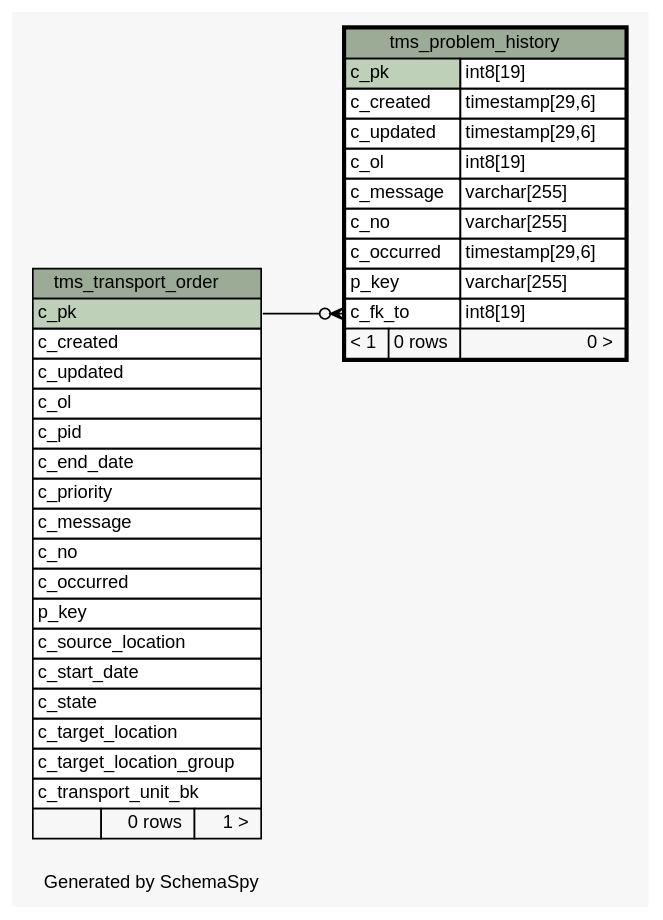
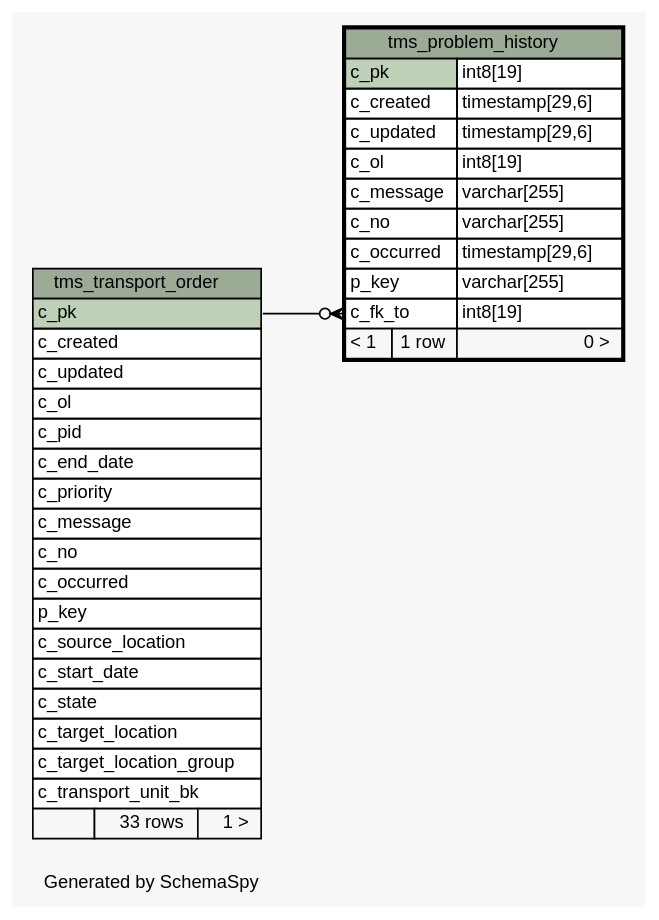
Before and after one commit to openwms/org.openwms.tms.transportation: the diagram in 1.4.0-SNAPSHOT/schemaspy/diagrams/tms_problem_history.1degree.dot, drawn with Graphviz. The commit also changed 462 other files, not shown here.

```diff
--- a/1.4.0-SNAPSHOT/schemaspy/diagrams/tms_problem_history.1degree.dot
+++ b/1.4.0-SNAPSHOT/schemaspy/diagrams/tms_problem_history.1degree.dot
@@ -1,67 +1,67 @@
 // dot 2.36.0 on Linux 4.4.0-101-generic
 // SchemaSpy rev Unknown
 digraph "oneDegreeRelationshipsDiagram" {
   graph [
     rankdir="RL"
     bgcolor="#f7f7f7"
     label="\nGenerated by SchemaSpy"
     labeljust="l"
     nodesep="0.18"
     ranksep="0.46"
     fontname="Helvetica"
     fontsize="11"
   ];
   node [
     fontname="Helvetica"
     fontsize="11"
     shape="plaintext"
   ];
   edge [
     arrowsize="0.8"
   ];
   "tms_problem_history":"c_fk_to":w -> "tms_transport_order":"c_pk":e [arrowhead=none dir=back arrowtail=crowodot];
   "tms_problem_history" [
     label=<
     <TABLE BORDER="2" CELLBORDER="1" CELLSPACING="0" BGCOLOR="#ffffff">
       <TR><TD COLSPAN="3" BGCOLOR="#9bab96" ALIGN="CENTER">tms_problem_history</TD></TR>
       <TR><TD PORT="c_pk" COLSPAN="2" BGCOLOR="#bed1b8" ALIGN="LEFT">c_pk</TD><TD PORT="c_pk.type" ALIGN="LEFT">int8[19]</TD></TR>
       <TR><TD PORT="c_created" COLSPAN="2" ALIGN="LEFT">c_created</TD><TD PORT="c_created.type" ALIGN="LEFT">timestamp[29,6]</TD></TR>
       <TR><TD PORT="c_updated" COLSPAN="2" ALIGN="LEFT">c_updated</TD><TD PORT="c_updated.type" ALIGN="LEFT">timestamp[29,6]</TD></TR>
       <TR><TD PORT="c_ol" COLSPAN="2" ALIGN="LEFT">c_ol</TD><TD PORT="c_ol.type" ALIGN="LEFT">int8[19]</TD></TR>
       <TR><TD PORT="c_message" COLSPAN="2" ALIGN="LEFT">c_message</TD><TD PORT="c_message.type" ALIGN="LEFT">varchar[255]</TD></TR>
       <TR><TD PORT="c_no" COLSPAN="2" ALIGN="LEFT">c_no</TD><TD PORT="c_no.type" ALIGN="LEFT">varchar[255]</TD></TR>
       <TR><TD PORT="c_occurred" COLSPAN="2" ALIGN="LEFT">c_occurred</TD><TD PORT="c_occurred.type" ALIGN="LEFT">timestamp[29,6]</TD></TR>
       <TR><TD PORT="p_key" COLSPAN="2" ALIGN="LEFT">p_key</TD><TD PORT="p_key.type" ALIGN="LEFT">varchar[255]</TD></TR>
       <TR><TD PORT="c_fk_to" COLSPAN="2" ALIGN="LEFT">c_fk_to</TD><TD PORT="c_fk_to.type" ALIGN="LEFT">int8[19]</TD></TR>
-      <TR><TD ALIGN="LEFT" BGCOLOR="#f7f7f7">&lt; 1</TD><TD ALIGN="RIGHT" BGCOLOR="#f7f7f7">0 rows</TD><TD ALIGN="RIGHT" BGCOLOR="#f7f7f7">0 &gt;</TD></TR>
+      <TR><TD ALIGN="LEFT" BGCOLOR="#f7f7f7">&lt; 1</TD><TD ALIGN="RIGHT" BGCOLOR="#f7f7f7">1 row</TD><TD ALIGN="RIGHT" BGCOLOR="#f7f7f7">0 &gt;</TD></TR>
     </TABLE>>
     URL="tms_problem_history.html"
     tooltip="tms_problem_history"
   ];
   "tms_transport_order" [
     label=<
     <TABLE BORDER="0" CELLBORDER="1" CELLSPACING="0" BGCOLOR="#ffffff">
       <TR><TD COLSPAN="3" BGCOLOR="#9bab96" ALIGN="CENTER">tms_transport_order</TD></TR>
       <TR><TD PORT="c_pk" COLSPAN="3" BGCOLOR="#bed1b8" ALIGN="LEFT">c_pk</TD></TR>
       <TR><TD PORT="c_created" COLSPAN="3" ALIGN="LEFT">c_created</TD></TR>
       <TR><TD PORT="c_updated" COLSPAN="3" ALIGN="LEFT">c_updated</TD></TR>
       <TR><TD PORT="c_ol" COLSPAN="3" ALIGN="LEFT">c_ol</TD></TR>
       <TR><TD PORT="c_pid" COLSPAN="3" ALIGN="LEFT">c_pid</TD></TR>
       <TR><TD PORT="c_end_date" COLSPAN="3" ALIGN="LEFT">c_end_date</TD></TR>
       <TR><TD PORT="c_priority" COLSPAN="3" ALIGN="LEFT">c_priority</TD></TR>
       <TR><TD PORT="c_message" COLSPAN="3" ALIGN="LEFT">c_message</TD></TR>
       <TR><TD PORT="c_no" COLSPAN="3" ALIGN="LEFT">c_no</TD></TR>
       <TR><TD PORT="c_occurred" COLSPAN="3" ALIGN="LEFT">c_occurred</TD></TR>
       <TR><TD PORT="p_key" COLSPAN="3" ALIGN="LEFT">p_key</TD></TR>
       <TR><TD PORT="c_source_location" COLSPAN="3" ALIGN="LEFT">c_source_location</TD></TR>
       <TR><TD PORT="c_start_date" COLSPAN="3" ALIGN="LEFT">c_start_date</TD></TR>
       <TR><TD PORT="c_state" COLSPAN="3" ALIGN="LEFT">c_state</TD></TR>
       <TR><TD PORT="c_target_location" COLSPAN="3" ALIGN="LEFT">c_target_location</TD></TR>
       <TR><TD PORT="c_target_location_group" COLSPAN="3" ALIGN="LEFT">c_target_location_group</TD></TR>
       <TR><TD PORT="c_transport_unit_bk" COLSPAN="3" ALIGN="LEFT">c_transport_unit_bk</TD></TR>
-      <TR><TD ALIGN="LEFT" BGCOLOR="#f7f7f7">  </TD><TD ALIGN="RIGHT" BGCOLOR="#f7f7f7">0 rows</TD><TD ALIGN="RIGHT" BGCOLOR="#f7f7f7">1 &gt;</TD></TR>
+      <TR><TD ALIGN="LEFT" BGCOLOR="#f7f7f7">  </TD><TD ALIGN="RIGHT" BGCOLOR="#f7f7f7">33 rows</TD><TD ALIGN="RIGHT" BGCOLOR="#f7f7f7">1 &gt;</TD></TR>
     </TABLE>>
     URL="tms_transport_order.html"
     tooltip="tms_transport_order"
   ];
 }
```
